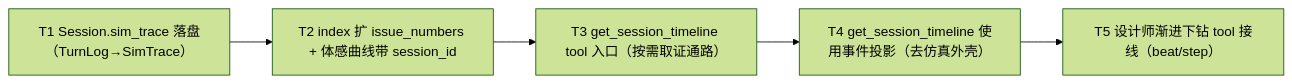
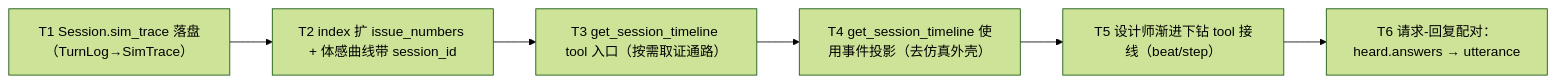
Diagram 48 of 49 in docs/specs/OVERVIEW.md (Curry09/AHE-Beta), drawn with Mermaid (forest theme) before and after one commit. The commit also changed other lines of this file and 9 other files, not shown here.

First line of the commit message:
feat(designer): utterance↔answers 请求-回复配对（spec 0024 T6）

````diff
--- a/docs/specs/OVERVIEW.md
+++ b/docs/specs/OVERVIEW.md
@@ -1049,12 +1052,14 @@
 ```mermaid
 graph LR
     nT1["T1 Session.sim_trace 落盘（TurnLog→SimTrace）"]
     nT2["T2 index 扩 issue_numbers + 体感曲线带 session_id"]
     nT3["T3 get_session_timeline tool 入口（按需取证通路）"]
     nT4["T4 get_session_timeline 使用事件投影（去仿真外壳）"]
     nT5["T5 设计师渐进下钻 tool 接线（beat/step）"]
+    nT6["T6 请求-回复配对：heard.answers → utterance"]
     nT1 --> nT2
     nT2 --> nT3
     nT3 --> nT4
     nT4 --> nT5
+    nT5 --> nT6
 ```
````
